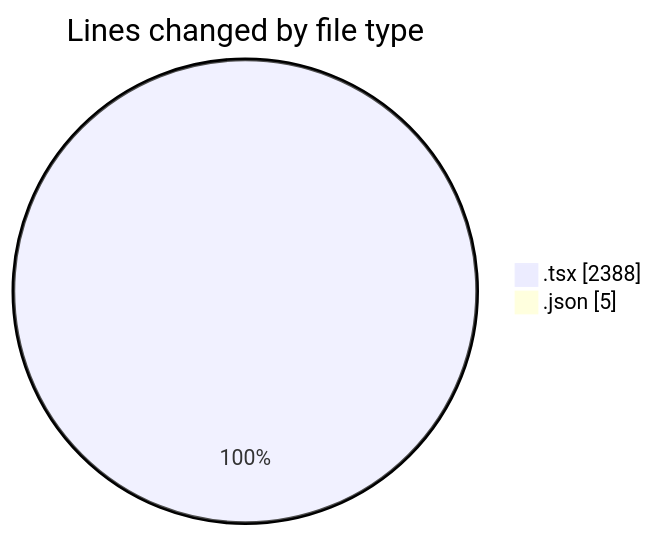
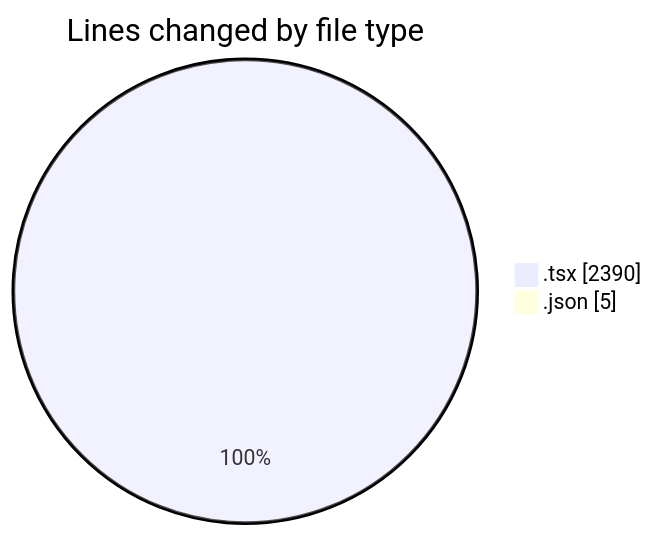
Before and after one commit to Elitesun/code-tracking: the first of 2 diagrams in 2025-05-07/niten/README.md, drawn with Mermaid. The commit also changed other lines of this file and 1 other file, not shown here.

````diff
--- a/2025-05-07/niten/README.md
+++ b/2025-05-07/niten/README.md
@@ -42,6 +42,6 @@
 ```mermaid
 pie showData
 title Lines changed by file type
-".tsx" : 2388
+".tsx" : 2390
 ".json" : 5
 ```
````
